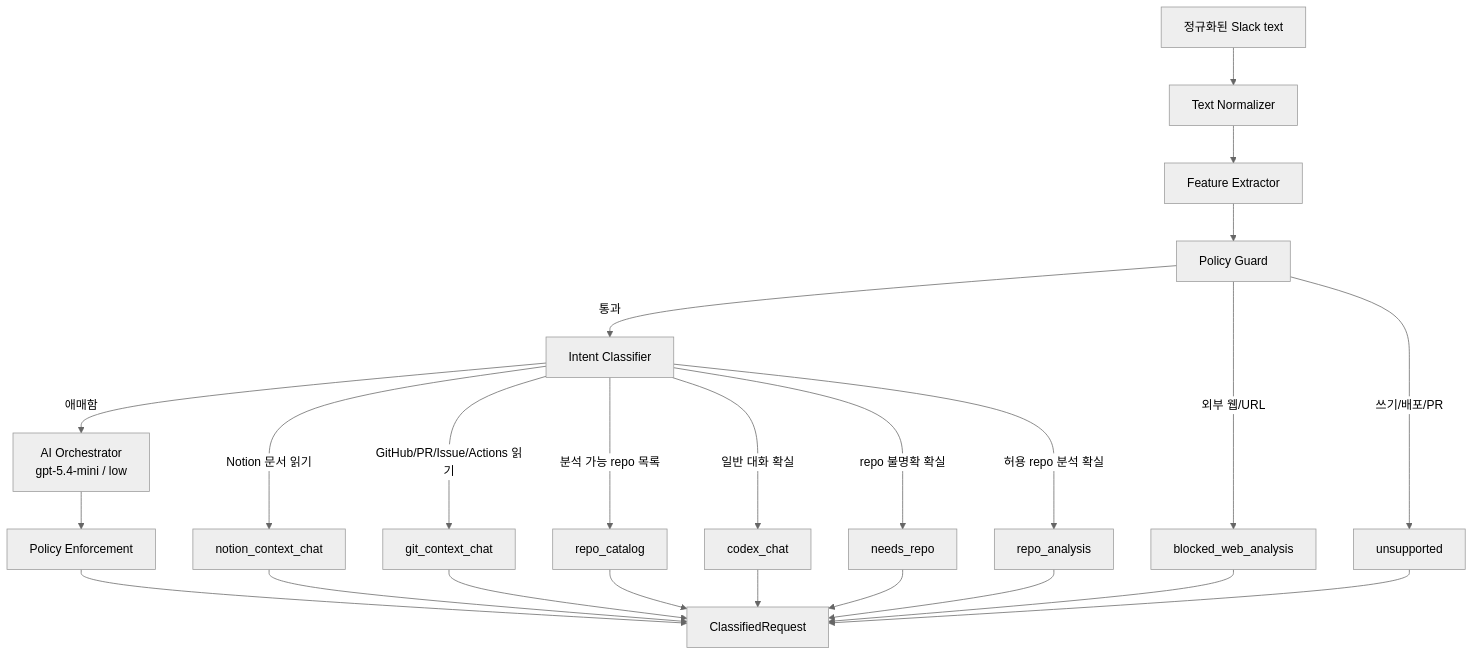
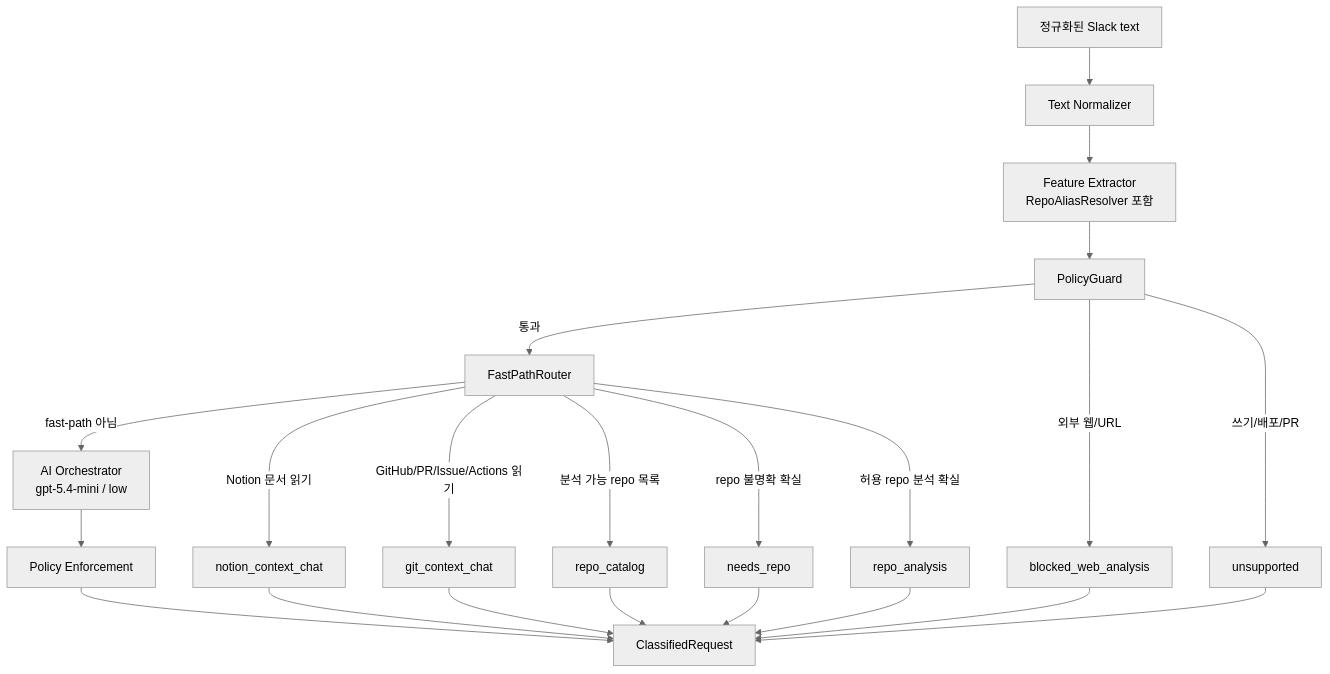
Before and after one commit to team-PopPang/Pangi: the diagram in docs/architecture/input-guardrail.md, drawn with Mermaid (neutral theme). The commit also changed other lines of this file and 3 other files, not shown here.

````diff
--- a/docs/architecture/input-guardrail.md
+++ b/docs/architecture/input-guardrail.md
@@ -36,26 +41,24 @@
 ```mermaid
 flowchart TD
     A["정규화된 Slack text"] --> B["Text Normalizer"]
-    B --> C["Feature Extractor"]
-    C --> D["Policy Guard"]
+    B --> C["Feature Extractor<br/>RepoAliasResolver 포함"]
+    C --> D["PolicyGuard"]
     D -->|외부 웹/URL| WEB["blocked_web_analysis"]
     D -->|쓰기/배포/PR| UNSUP["unsupported"]
-    D -->|통과| E["Intent Classifier"]
+    D -->|통과| E["FastPathRouter"]
     E -->|Notion 문서 읽기| NOTION["notion_context_chat"]
     E -->|GitHub/PR/Issue/Actions 읽기| GIT["git_context_chat"]
     E -->|분석 가능 repo 목록| CATALOG["repo_catalog"]
-    E -->|일반 대화 확실| CHAT["codex_chat"]
     E -->|repo 불명확 확실| ASK["needs_repo"]
     E -->|허용 repo 분석 확실| JOB["repo_analysis"]
-    E -->|애매함| AI["AI Orchestrator<br/>gpt-5.4-mini / low"]
+    E -->|fast-path 아님| AI["AI Orchestrator<br/>gpt-5.4-mini / low"]
     AI --> P["Policy Enforcement"]
     P --> OUT["ClassifiedRequest"]
     NOTION --> OUT
     GIT --> OUT
     CATALOG --> OUT
-    CHAT --> OUT
     ASK --> OUT
     JOB --> OUT
     WEB --> OUT
     UNSUP --> OUT
 ```
````
